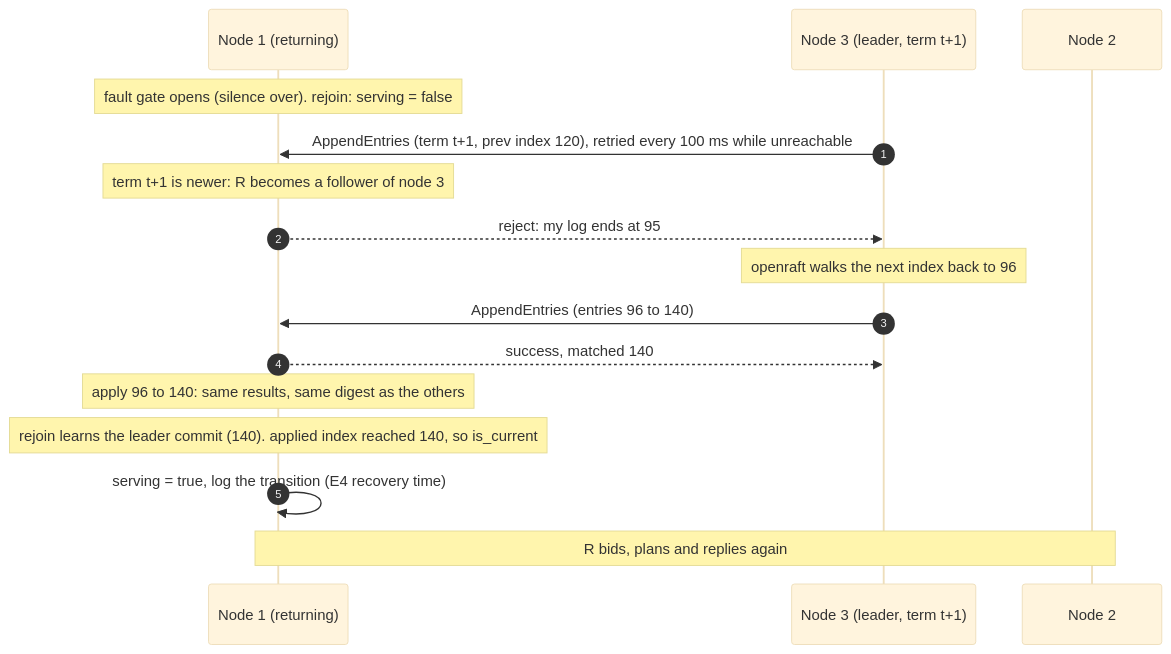
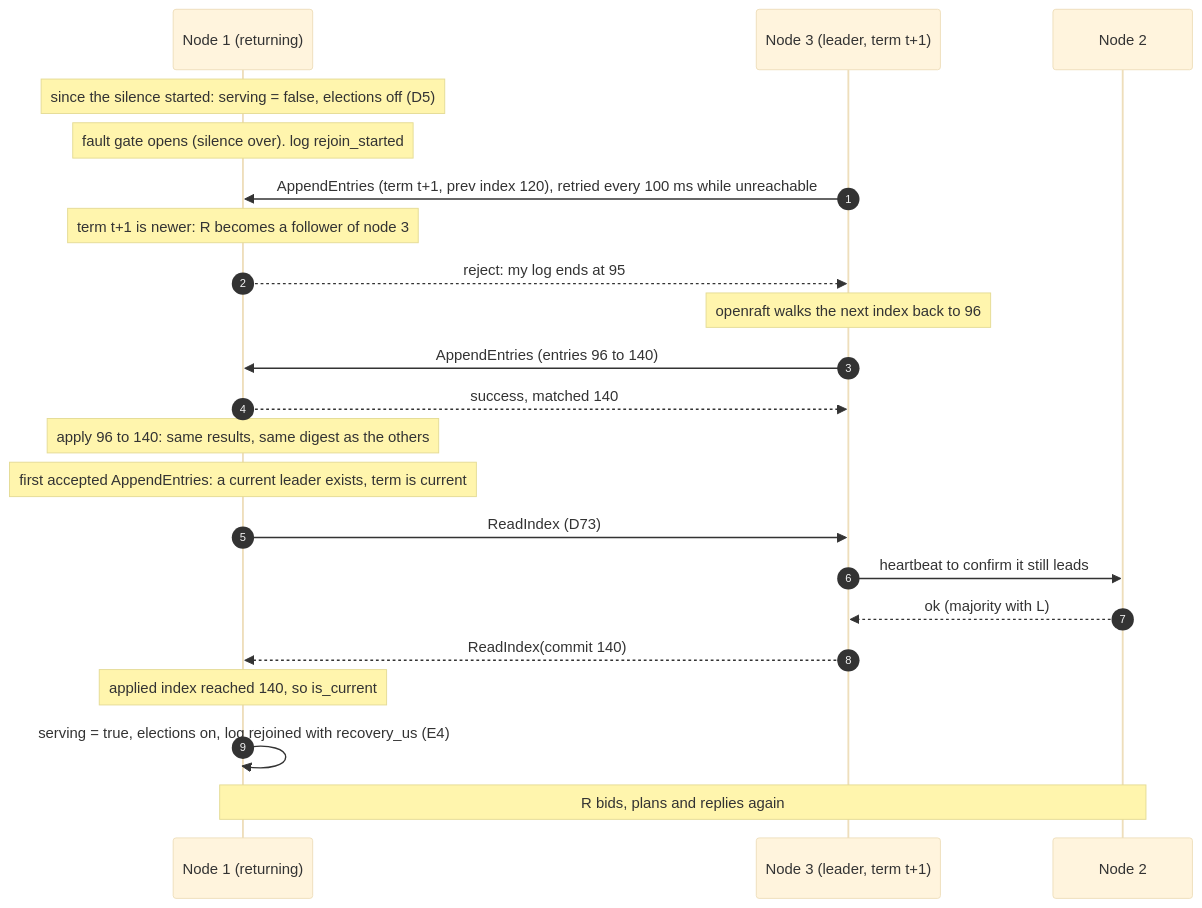
Diagram 15 of 26 in docs/architecture.md (noortaytoy1/DistributedSystems), drawn with Mermaid (base theme) before and after one commit. The commit also changed other lines of this file and 10 other files, not shown here.

First line of the commit message:
Gate a returning node until it is current; ask the leader via ReadIndex

````diff
--- a/docs/architecture.md
+++ b/docs/architecture.md
@@ -577,18 +578,24 @@
 ```mermaid
 sequenceDiagram
     autonumber
     participant R as Node 1 (returning)
     participant L as Node 3 (leader, term t+1)
     participant N2 as Node 2
-    Note over R: fault gate opens (silence over). rejoin: serving = false
+    Note over R: since the silence started: serving = false, elections off (D5)
+    Note over R: fault gate opens (silence over). log rejoin_started
     L->>R: AppendEntries (term t+1, prev index 120), retried every 100 ms while unreachable
     Note over R: term t+1 is newer: R becomes a follower of node 3
     R-->>L: reject: my log ends at 95
     Note over L: openraft walks the next index back to 96
     L->>R: AppendEntries (entries 96 to 140)
     R-->>L: success, matched 140
     Note over R: apply 96 to 140: same results, same digest as the others
-    Note over R: rejoin learns the leader commit (140). applied index reached 140, so is_current
-    R->>R: serving = true, log the transition (E4 recovery time)
+    Note over R: first accepted AppendEntries: a current leader exists, term is current
+    R->>L: ReadIndex (D73)
+    L->>N2: heartbeat to confirm it still leads
+    N2-->>L: ok (majority with L)
+    L-->>R: ReadIndex(commit 140)
+    Note over R: applied index reached 140, so is_current
+    R->>R: serving = true, elections on, log rejoined with recovery_us (E4)
     Note over R,N2: R bids, plans and replies again
 ```
````
